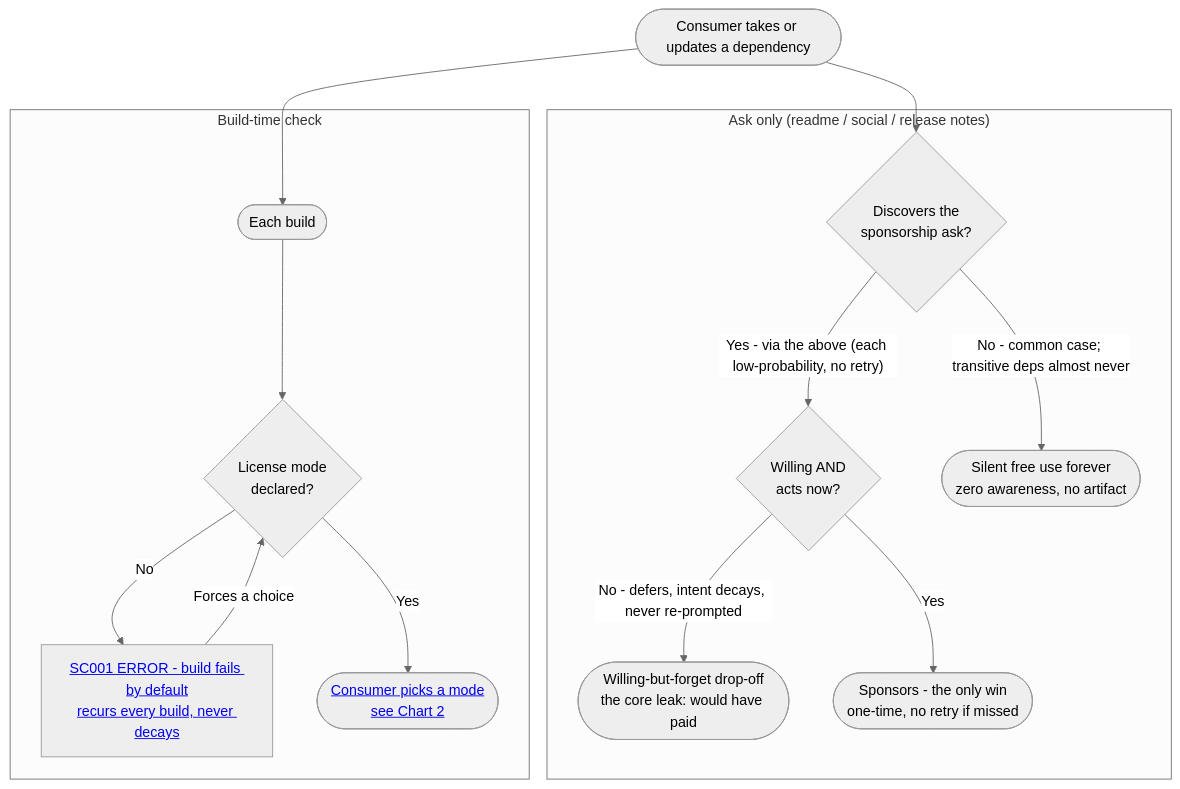
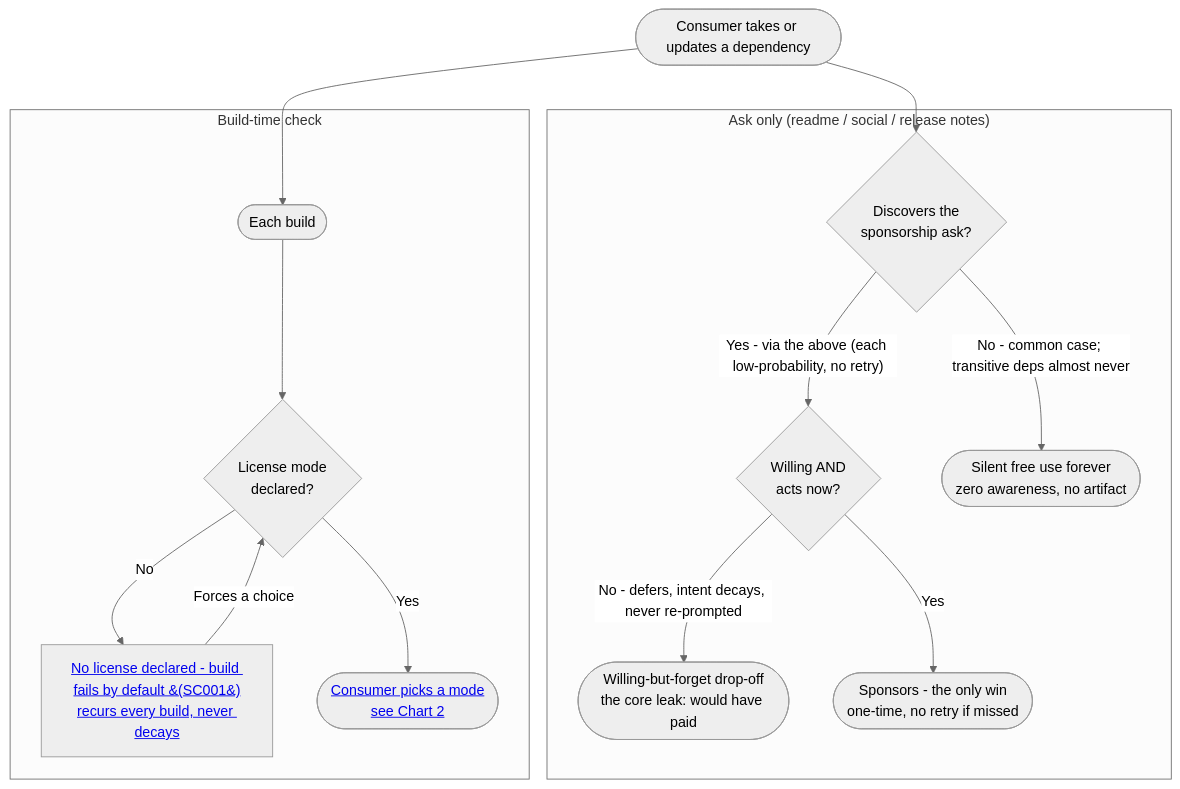
The first of 4 diagrams in docs/WhyBuildTimeVerification.md (SimonCropp/SponsorCheck), drawn with Mermaid (neutral theme) before and after one commit. The commit also changed other lines of this file, not shown here.

````diff
--- a/docs/WhyBuildTimeVerification.md
+++ b/docs/WhyBuildTimeVerification.md
@@ -18,22 +18,22 @@
 ```mermaid
 flowchart TD
     Dep(["Consumer takes or updates a dependency"])
 
     subgraph WorldA["Ask only (readme / social / release notes)"]
         A1{"Discovers the<br/>sponsorship ask?"}
         A1 -->|"Yes - via the above (each low-probability, no retry)"| A2{"Willing AND<br/>acts now?"}
         A1 -->|"No - common case; transitive deps almost never"| ASilent(["Silent free use forever<br/>zero awareness, no artifact"])
         A2 -->|"No - defers, intent decays, never re-prompted"| AForget(["Willing-but-forget drop-off<br/>the core leak: would have paid"])
         A2 -->|"Yes"| ASponsor(["Sponsors - the only win<br/>one-time, no retry if missed"])
     end
 
     subgraph WorldB["Build-time check"]
         B1(["Each build"]) --> B2{"License mode<br/>declared?"}
-        B2 -->|"No"| BSC001[<a href='https://github.com/SimonCropp/SponsorCheck/blob/main/docs/VerifierDiagnosticCodes.md#sc001'>SC001 ERROR - build fails by default<br/>recurs every build, never decays</a>]
+        B2 -->|"No"| BSC001[<a href='https://github.com/SimonCropp/SponsorCheck/blob/main/docs/VerifierDiagnosticCodes.md#sc001'>No license declared - build fails by default &#40;SC001&#41;<br/>recurs every build, never decays</a>]
         BSC001 -->|"Forces a choice"| B2
         B2 -->|"Yes"| BChoose([<a href='https://github.com/SimonCropp/SponsorCheck/blob/main/docs/WhyBuildTimeVerification.md#3-once-forced-to-choose-every-escape-hatch-leaves-a-trace'>Consumer picks a mode<br/>see Chart 2</a>])
     end
 
     Dep --> A1
     Dep --> B1
 ```
````
